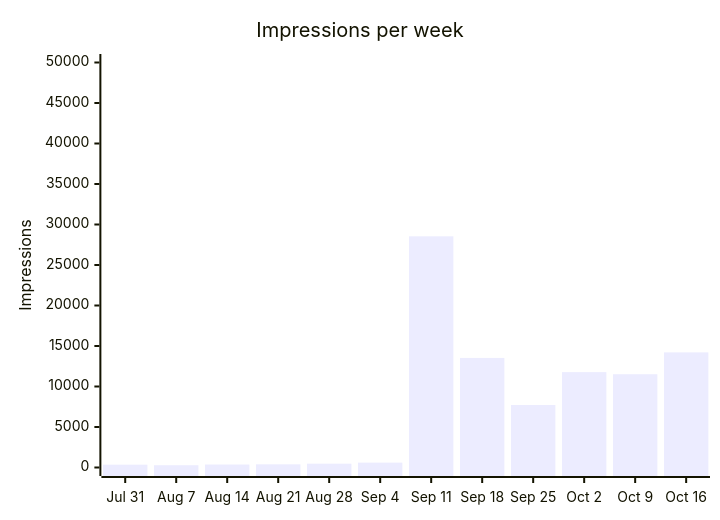
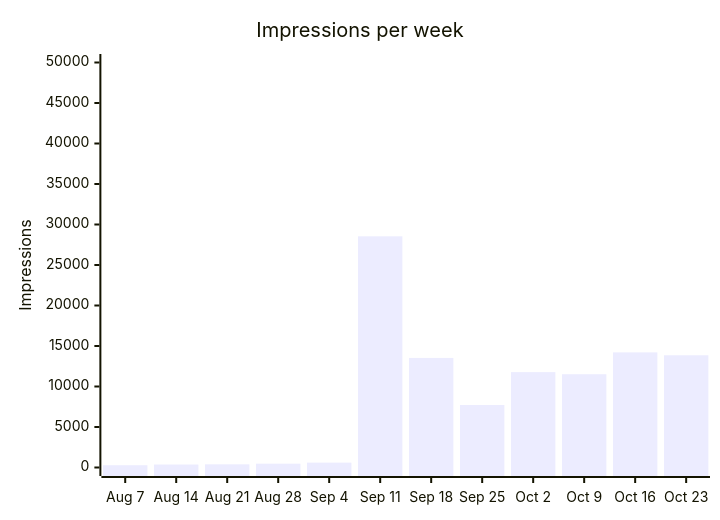
The second of 13 diagrams in latest.md (langx/website), drawn with Mermaid before and after one commit. The commit also changed other lines of this file and 2 other files, not shown here.

````diff
--- a/latest.md
+++ b/latest.md
@@ -28,7 +28,7 @@
 ```mermaid
 xychart-beta
   title "Impressions per week"
-  x-axis ["Jul 31", "Aug 7", "Aug 14", "Aug 21", "Aug 28", "Sep 4", "Sep 11", "Sep 18", "Sep 25", "Oct 2", "Oct 9", "Oct 16"]
+  x-axis ["Aug 7", "Aug 14", "Aug 21", "Aug 28", "Sep 4", "Sep 11", "Sep 18", "Sep 25", "Oct 2", "Oct 9", "Oct 16", "Oct 23"]
   y-axis "Impressions" 0 --> 50000
-  bar [349, 279, 368, 392, 474, 601, 28541, 13529, 7711, 11776, 11513, 14211]
+  bar [279, 368, 392, 474, 601, 28541, 13529, 7711, 11776, 11513, 14211, 13853]
 ```
````
